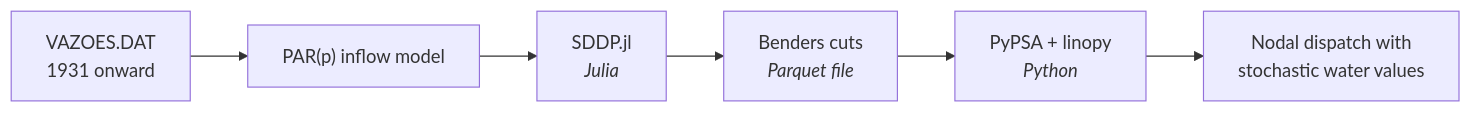
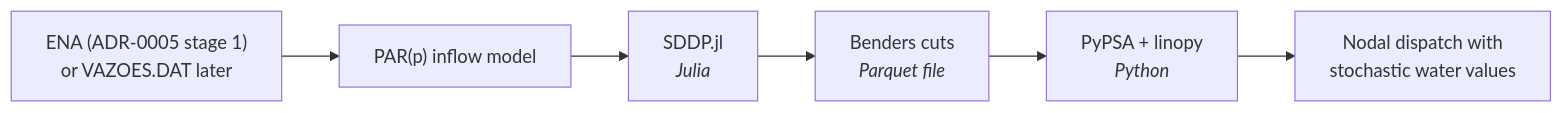
The eighth of 12 diagrams in docs/STACK.md (leonardovbonatto/pypsa-meets-brazil), drawn with Mermaid before and after one commit. The commit also changed other lines of this file and 15 other files, not shown here.

````diff
--- a/docs/STACK.md
+++ b/docs/STACK.md
@@ -492,8 +494,8 @@
 ```mermaid
 flowchart LR
-    V["VAZOES.DAT<br/>1931 onward"] --> P["PAR(p) inflow model"]
+    V["ENA (ADR-0005 stage 1)<br/>or VAZOES.DAT later"] --> P["PAR(p) inflow model"]
     P --> S["SDDP.jl<br/><i>Julia</i>"]
     S --> C["Benders cuts<br/><i>Parquet file</i>"]
     C --> L["PyPSA + linopy<br/><i>Python</i>"]
     L --> O["Nodal dispatch with<br/>stochastic water values"]
 ```
````
